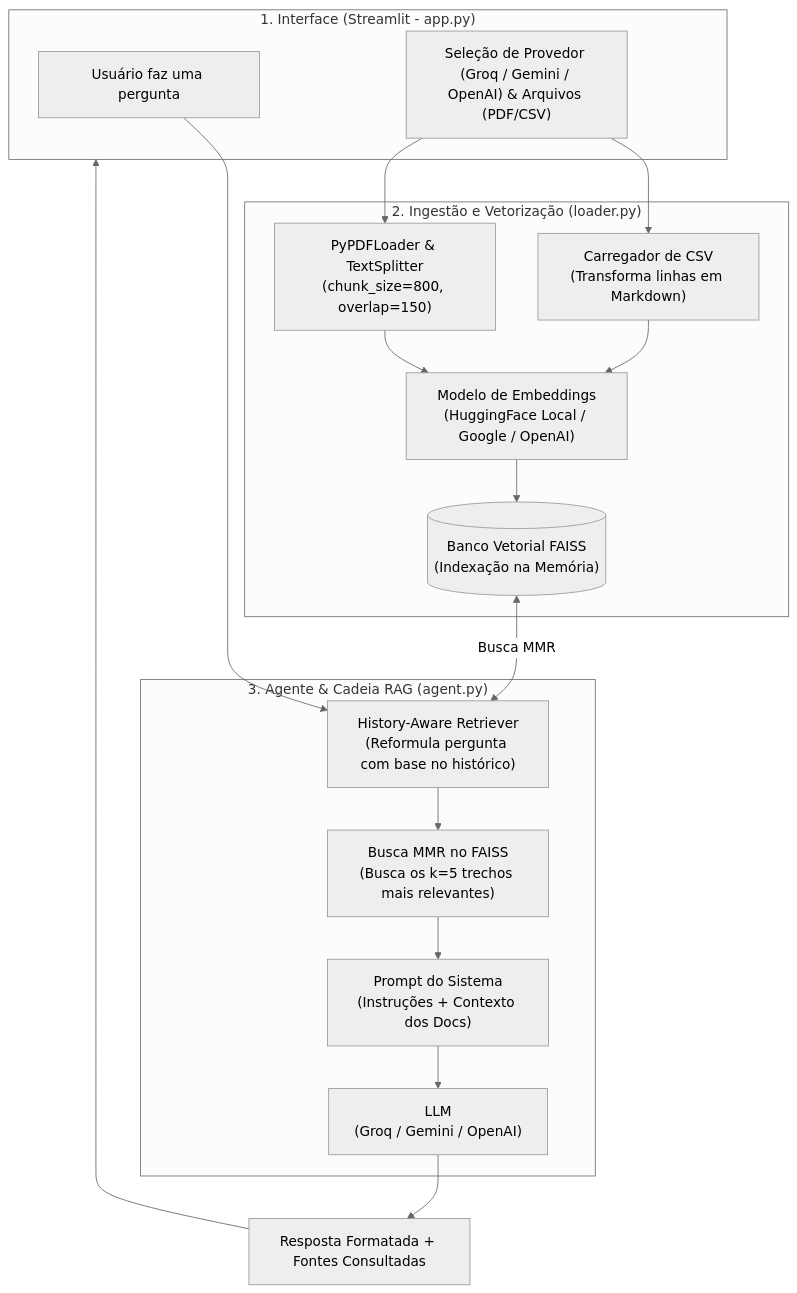
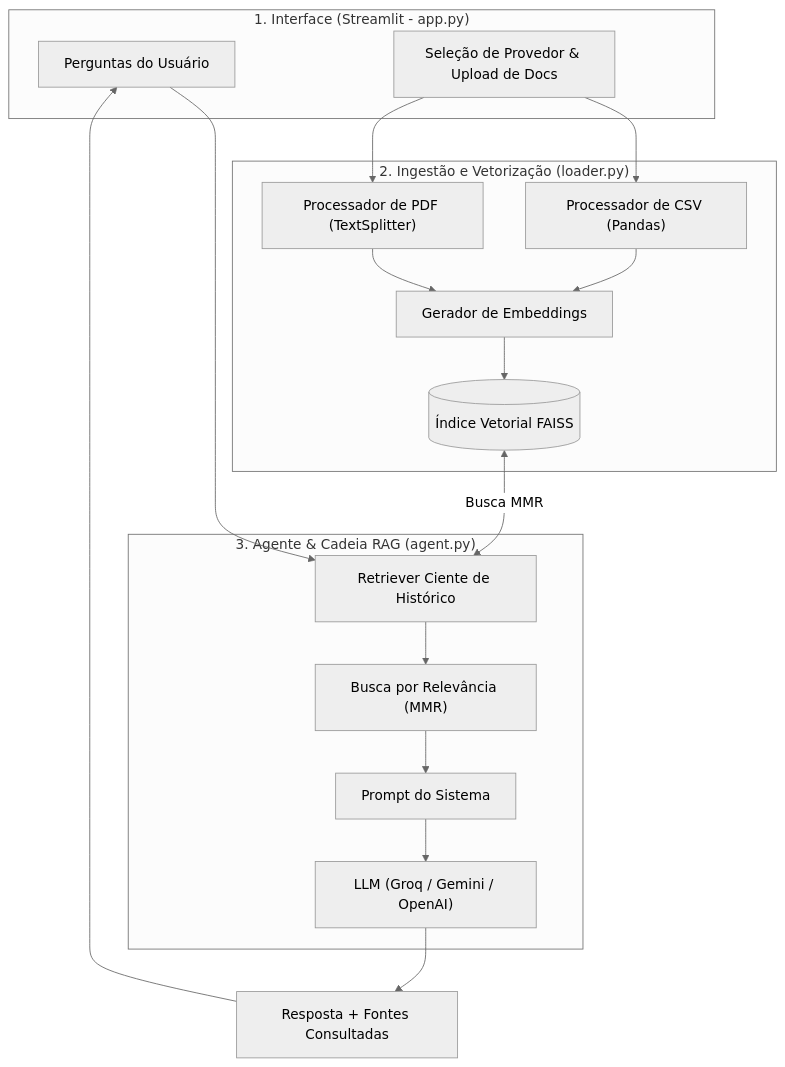
One commit to rafa1696/tonemaster-ai-rag changed the first of 2 diagrams in README.md. Above: the diagram before and after it, drawn with Mermaid (neutral theme).

Commit message:
docs: resolver truncamento de primeiro gráfico

````diff
--- a/README.md
+++ b/README.md
@@ -28,33 +28,35 @@
 ```mermaid
 flowchart TD
     subgraph UI ["1. Interface (Streamlit - app.py)"]
-        UserInput["Usuário faz uma pergunta"]
-        Sidebar["Seleção de Provedor (Groq / Gemini / OpenAI) & Arquivos (PDF/CSV)"]
+        UserInput["Perguntas do Usuário"]
+        Sidebar["Seleção de Provedor & Upload de Docs"]
     end
 
     subgraph ETL ["2. Ingestão e Vetorização (loader.py)"]
-        CSVLoader["Carregador de CSV\n(Transforma linhas em Markdown)"]
-        PDFLoader["PyPDFLoader & TextSplitter\n(chunk_size=800, overlap=150)"]
-        EmbeddingModel["Modelo de Embeddings\n(HuggingFace Local / Google / OpenAI)"]
-        FAISSStore[("Banco Vetorial FAISS\n(Indexação na Memória)")]
+        CSVLoader["Processador de CSV (Pandas)"]
+        PDFLoader["Processador de PDF (TextSplitter)"]
+        EmbeddingModel["Gerador de Embeddings"]
+        FAISSStore[("Índice Vetorial FAISS")]
     end
 
     subgraph RAG ["3. Agente & Cadeia RAG (agent.py)"]
-        HistAwareRetriever["History-Aware Retriever\n(Reformula pergunta com base no histórico)"]
-        MMRSearch["Busca MMR no FAISS\n(Busca os k=5 trechos mais relevantes)"]
-        PromptTemplate["Prompt do Sistema\n(Instruções + Contexto dos Docs)"]
-        LLMProvider["LLM\n(Groq / Gemini / OpenAI)"]
+        HistAwareRetriever["Retriever Ciente de Histórico"]
+        MMRSearch["Busca por Relevância (MMR)"]
+        PromptTemplate["Prompt do Sistema"]
+        LLMProvider["LLM (Groq / Gemini / OpenAI)"]
     end
 
-    Sidebar --> CSVLoader & PDFLoader
-    CSVLoader & PDFLoader --> EmbeddingModel
+    Sidebar --> CSVLoader
+    Sidebar --> PDFLoader
+    CSVLoader --> EmbeddingModel
+    PDFLoader --> EmbeddingModel
     EmbeddingModel --> FAISSStore
     
     UserInput --> HistAwareRetriever
     FAISSStore <-->|Busca MMR| HistAwareRetriever
     HistAwareRetriever --> MMRSearch
     MMRSearch --> PromptTemplate
     PromptTemplate --> LLMProvider
-    LLMProvider --> Response["Resposta Formatada + Fontes Consultadas"]
-    Response --> UI
+    LLMProvider --> Response["Resposta + Fontes Consultadas"]
+    Response --> UserInput
 ```
````
